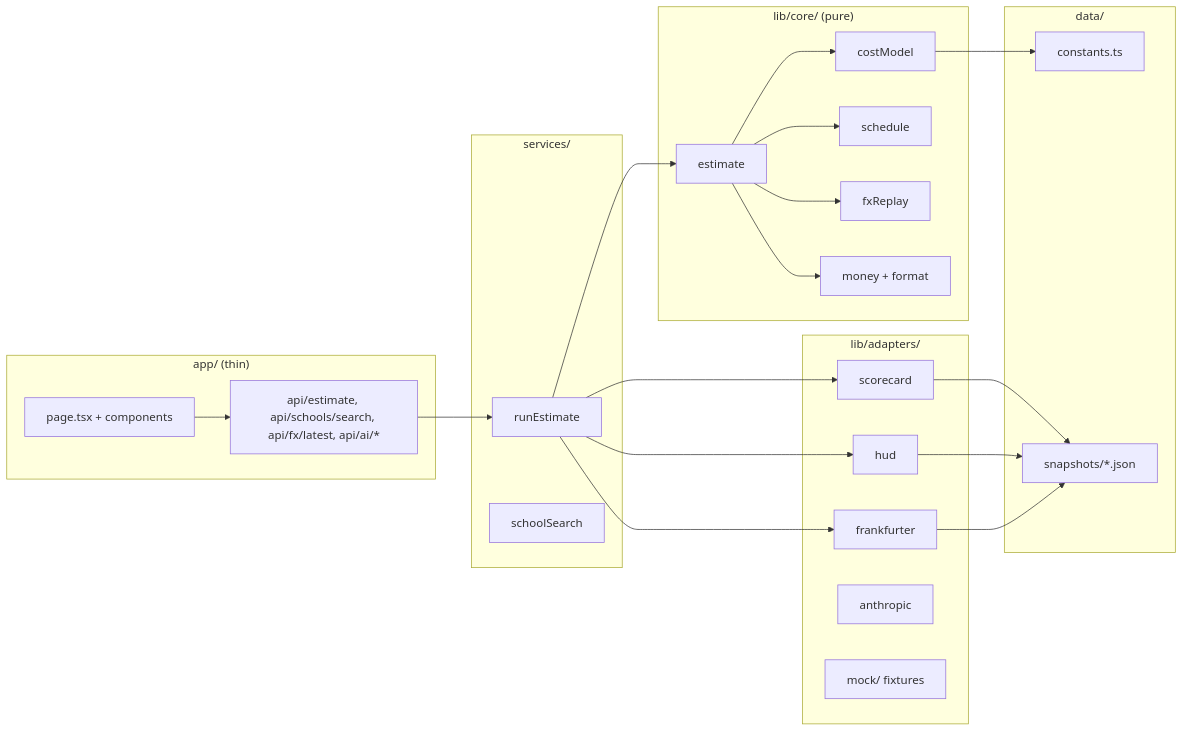
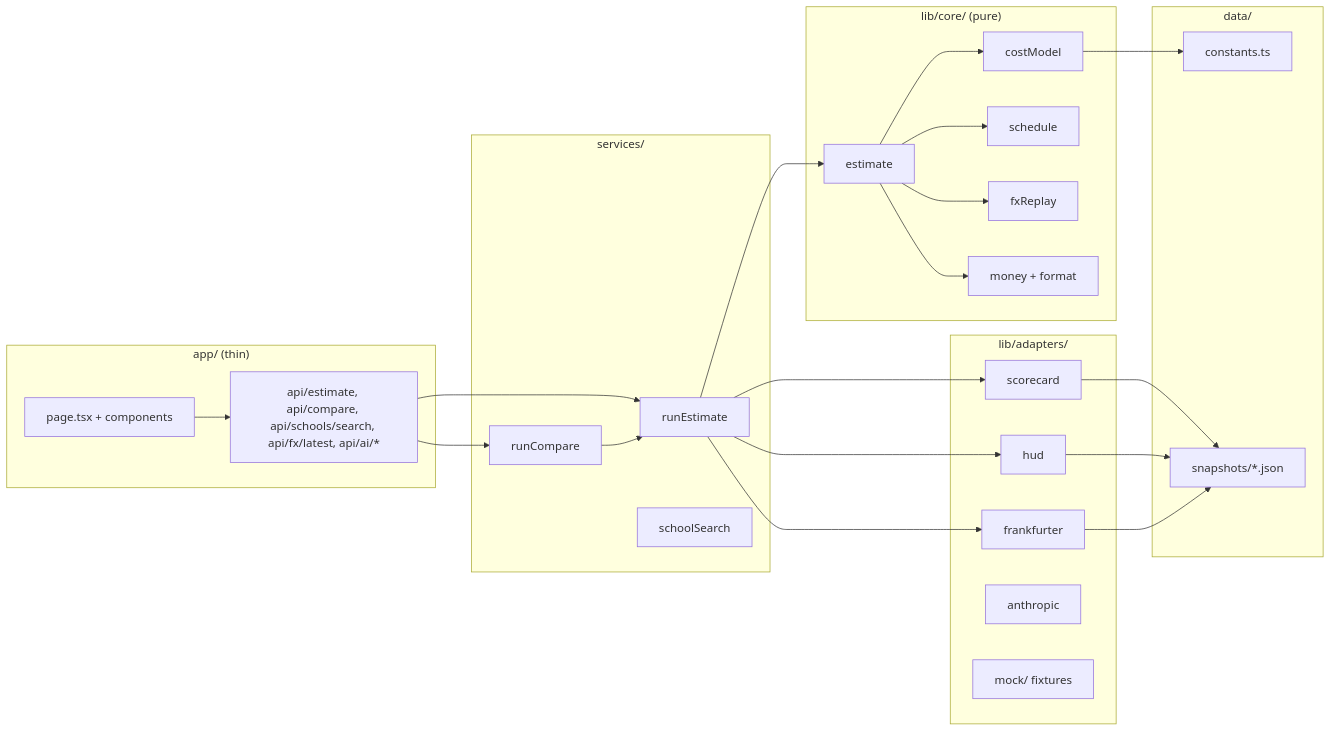
Before and after one commit to alexandrarwagner/true-cost: the diagram in docs/ARCHITECTURE.md, drawn with Mermaid. The commit also changed 21 other files, not shown here.

First line of the commit message:
feat: compare up to three schools behind COMPARE_ENABLED

````diff
--- a/docs/ARCHITECTURE.md
+++ b/docs/ARCHITECTURE.md
@@ -6,35 +6,37 @@
 ```mermaid
 flowchart LR
   subgraph app["app/ (thin)"]
     UI[page.tsx + components]
-    Routes[api/estimate, api/schools/search, api/fx/latest, api/ai/*]
+    Routes[api/estimate, api/compare, api/schools/search, api/fx/latest, api/ai/*]
   end
   subgraph services["services/"]
     Run[runEstimate]
+    Cmp[runCompare]
     Search[schoolSearch]
   end
   subgraph adapters["lib/adapters/"]
     SC[scorecard]
     HUD[hud]
     FX[frankfurter]
     AI[anthropic]
     Mock[mock/ fixtures]
   end
   subgraph core["lib/core/ (pure)"]
     Model[costModel]
     Sched[schedule]
     Replay[fxReplay]
     Money[money + format]
     Est[estimate]
   end
   subgraph data["data/"]
     Const[constants.ts]
     Snap[snapshots/*.json]
   end
   UI --> Routes --> Run
+  Routes --> Cmp --> Run
   Run --> SC & HUD & FX
   Run --> Est
   Est --> Model & Sched & Replay & Money
   Model --> Const
   SC & HUD & FX --> Snap
 ```
````
